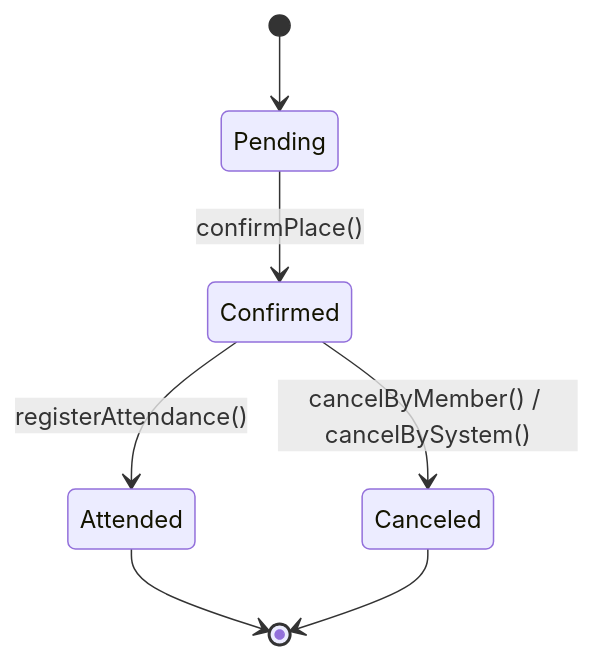
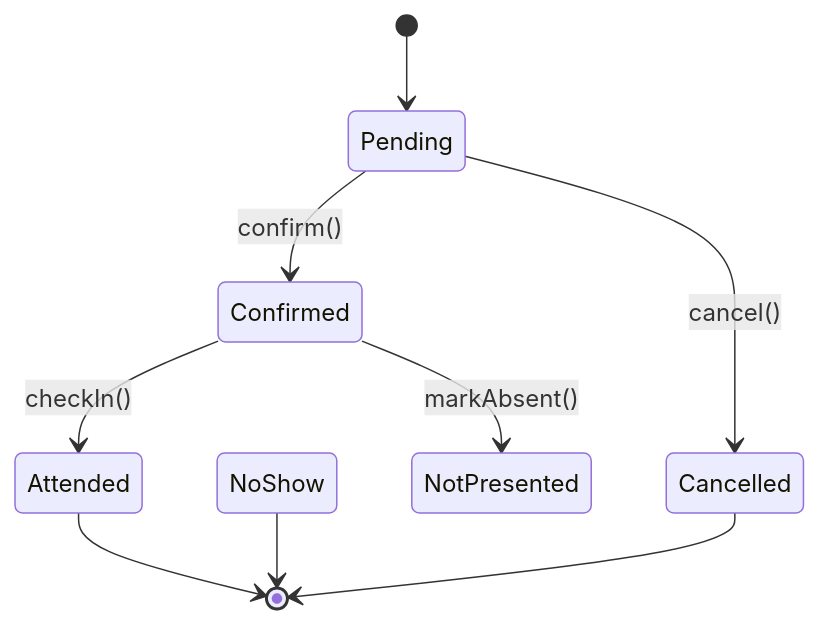
Before and after one commit to rubenco615-wq/Entornos-7.5: the fifth of 5 diagrams in README.md, drawn with Mermaid. The commit also changed other lines of this file, not shown here.

First line of the commit message:
Revise exercises and diagrams in README

````diff
--- a/README.md
+++ b/README.md
@@ -63,11 +117,14 @@
 ```mermaid
 stateDiagram-v2
     [*] --> Pending
 
-    Pending --> Confirmed : confirmPlace()
-    Confirmed --> Attended : registerAttendance()
-    Confirmed --> Canceled : cancelByMember() / cancelBySystem()
+    Pending --> Confirmed : confirm()
+    Pending --> Cancelled : cancel()
+
+    Confirmed --> Attended : checkIn()
+    Confirmed --> NotPresented : markAbsent()
 
     Attended --> [*]
-    Canceled --> [*]
+    NoShow --> [*]
+    Cancelled --> [*]
 ```
````
